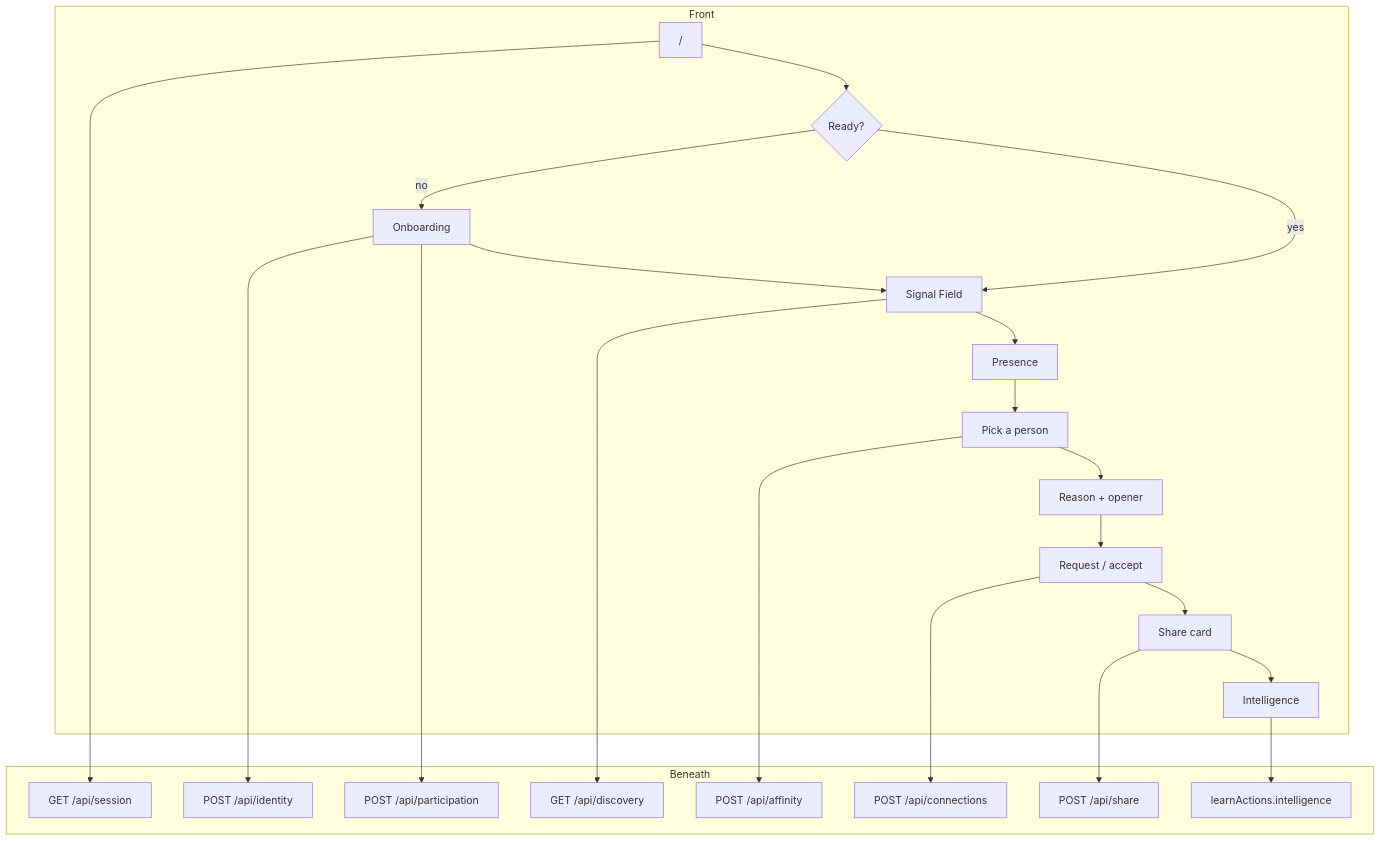
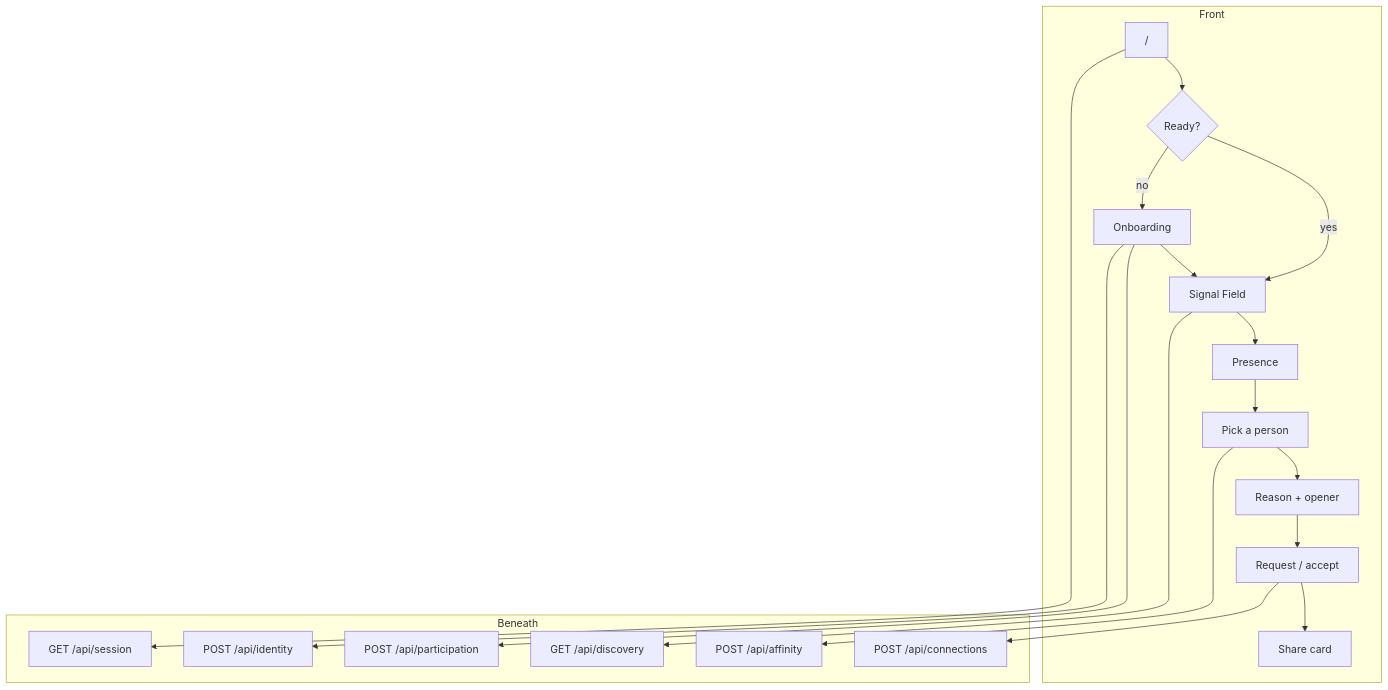
One commit to pablojhdcoder/IntroMesh changed the diagram in docs/FLOW.md. Above: the diagram before and after it, drawn with Mermaid. The commit also changed other lines of this file and 4 other files, not shown here.

````diff
--- a/docs/FLOW.md
+++ b/docs/FLOW.md
@@ -26,35 +26,30 @@
 ```mermaid
 flowchart TB
   subgraph front ["Front"]
     A["/"] --> B{"Ready?"}
     B -->|no| C["Onboarding"]
     B -->|yes| D["Signal Field"]
     C --> D
     D --> E["Presence"]
     E --> F["Pick a person"]
     F --> G["Reason + opener"]
     G --> H["Request / accept"]
     H --> I["Share card"]
-    I --> J["Intelligence"]
   end
 
   subgraph back ["Beneath"]
     S["GET /api/session"]
     IDapi["POST /api/identity"]
     Japi["POST /api/participation"]
     Dapi["GET /api/discovery"]
     Xapi["POST /api/affinity"]
     Capi["POST /api/connections"]
-    Sh["POST /api/share"]
-    Lapi["learnActions.intelligence"]
   end
 
   A --> S
   C --> IDapi
   C --> Japi
   D --> Dapi
   F --> Xapi
   H --> Capi
-  I --> Sh
-  J --> Lapi
 ```
````
